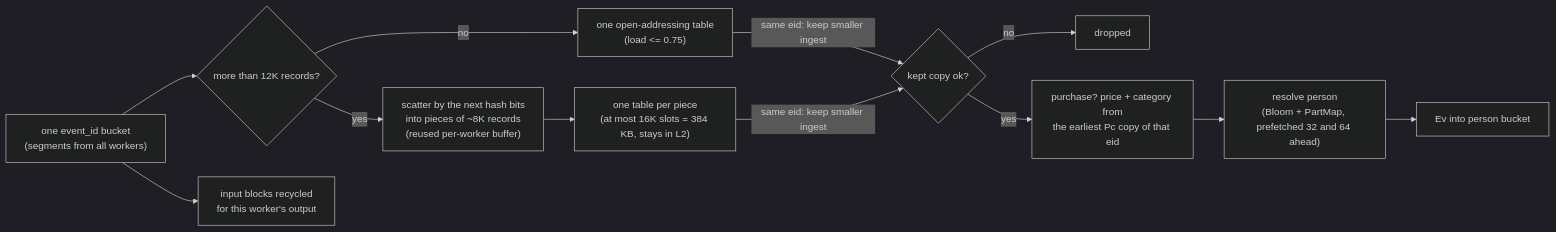
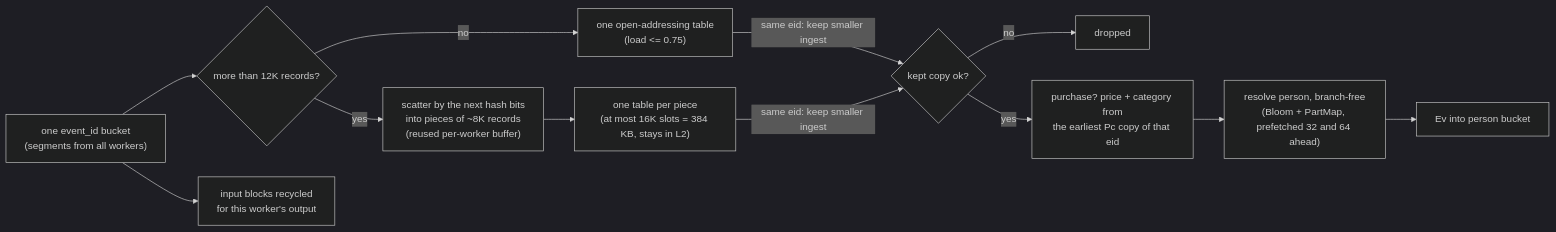
Before and after one commit to Kavan04/Databricks_Shopping: the seventh of 8 diagrams in docs/ARCHITECTURE.md, drawn with Mermaid (dark theme). The commit also changed other lines of this file, not shown here.

Commit message:
docs: architecture for v3.17 (two-pass scanner, inlined parsers, branch-free lookups)

````diff
--- a/docs/ARCHITECTURE.md
+++ b/docs/ARCHITECTURE.md
@@ -157,14 +164,14 @@
 ```mermaid
 flowchart LR
     B["one event_id bucket<br/>(segments from all workers)"] --> Q{"more than 12K records?"}
     Q -->|no| T["one open-addressing table<br/>(load <= 0.75)"]
     Q -->|yes| SP["scatter by the next hash bits<br/>into pieces of ~8K records<br/>(reused per-worker buffer)"]
     SP --> TP["one table per piece<br/>(at most 16K slots = 384 KB, stays in L2)"]
     T -->|"same eid: keep smaller ingest"| S{"kept copy ok?"}
     TP -->|"same eid: keep smaller ingest"| S
     B --> R["input blocks recycled<br/>for this worker's output"]
     S -->|no| D[dropped]
     S -->|yes| PC["purchase? price + category from<br/>the earliest Pc copy of that eid"]
-    PC --> P["resolve person<br/>(Bloom + PartMap, prefetched 32 and 64 ahead)"]
+    PC --> P["resolve person, branch-free<br/>(Bloom + PartMap, prefetched 32 and 64 ahead)"]
     P --> O["Ev into person bucket"]
 ```
````
